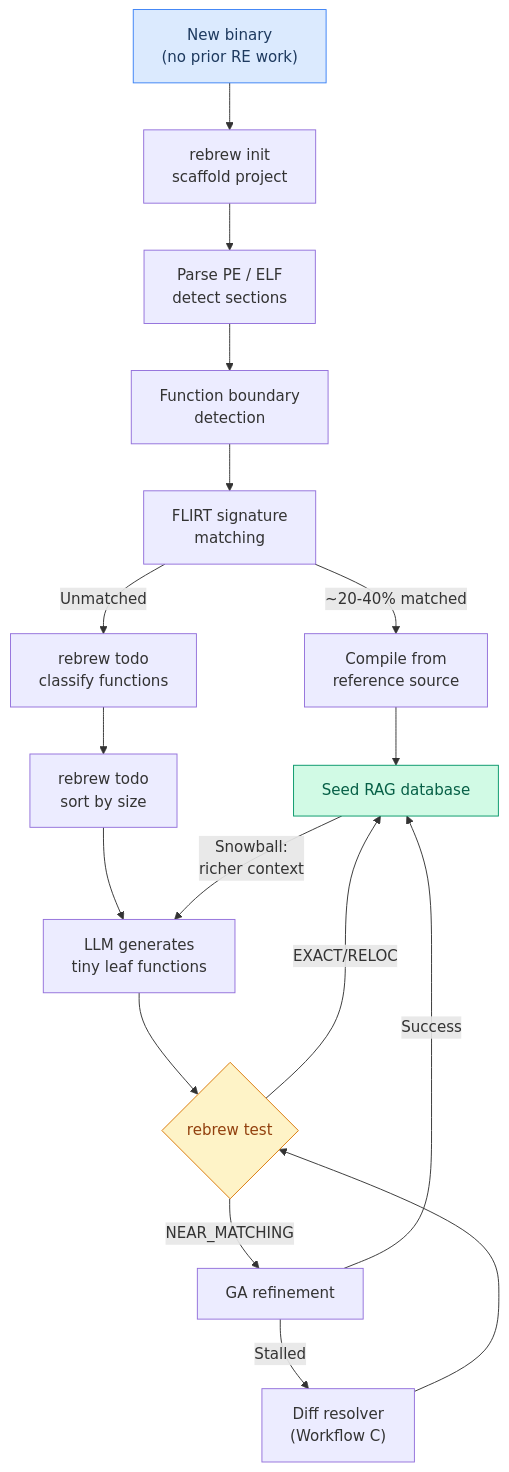
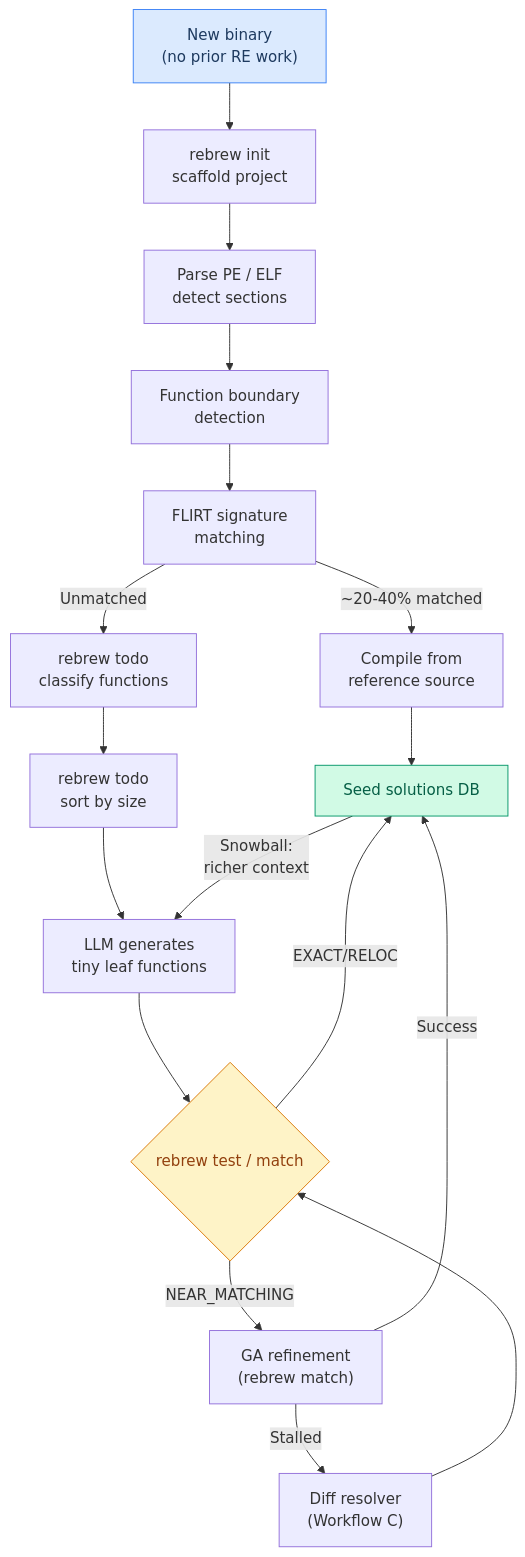
Before and after one commit to maci0/rebrew: the tenth of 16 diagrams in docs/USER_STORIES.md, drawn with Mermaid. The commit also changed other lines of this file and 11 other files, not shown here.

First line of the commit message:
docs, skills, flowcharts synced to the CLI; globals.status persisted

````diff
--- a/docs/USER_STORIES.md
+++ b/docs/USER_STORIES.md
@@ -329,23 +330,23 @@
 ```mermaid
 graph TD
     A["New binary<br/>(no prior RE work)"] --> Init["rebrew init<br/>scaffold project"]
     Init --> B["Parse PE / ELF<br/>detect sections"]
     B --> C["Function boundary<br/>detection"]
     C --> D["FLIRT signature<br/>matching"]
     D -->|"~20-40% matched"| E["Compile from<br/>reference source"]
     D -->|"Unmatched"| F["rebrew todo<br/>classify functions"]
-    E --> G["Seed RAG database"]
+    E --> G["Seed solutions DB"]
     F --> H["rebrew todo<br/>sort by size"]
     H --> I["LLM generates<br/>tiny leaf functions"]
-    I --> J{"rebrew test"}
+    I --> J{"rebrew test / match"}
     J -->|"EXACT/RELOC"| G
-    J -->|"NEAR_MATCHING"| K["GA refinement"]
+    J -->|"NEAR_MATCHING"| K["GA refinement<br/>(rebrew match)"]
     K -->|Success| G
     K -->|Stalled| L["Diff resolver<br/>(Workflow C)"]
     L --> J
     G -->|"Snowball:<br/>richer context"| I
 
     style A fill:#dbeafe,stroke:#3b82f6,color:#1e3a5f
     style G fill:#d1fae5,stroke:#059669,color:#065f46
     style J fill:#fef3c7,stroke:#d97706,color:#92400e
 ```
````
